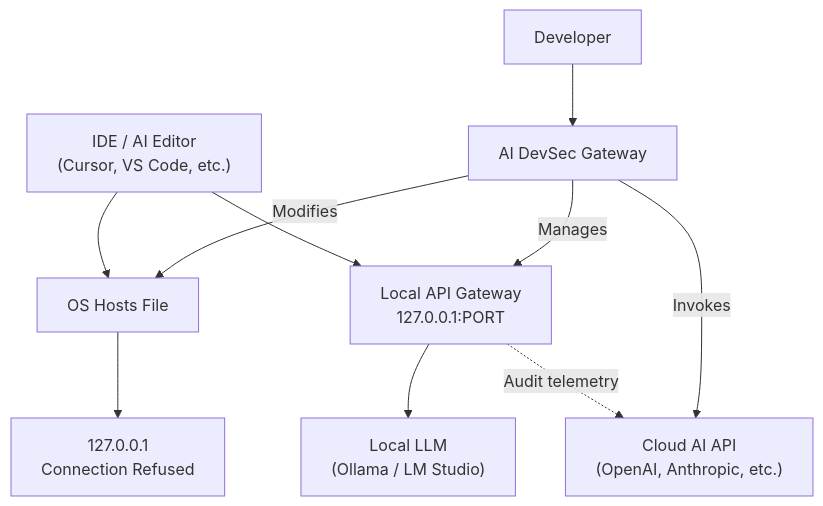
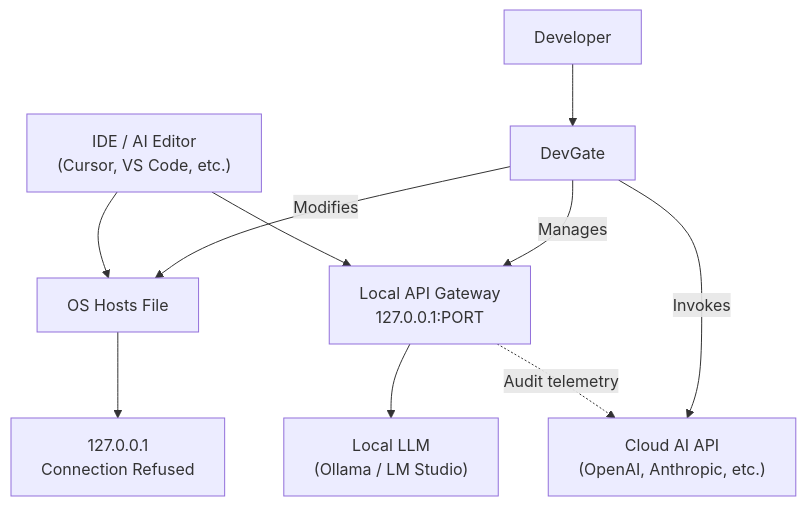
One commit to Akunimal/AI-Router-Blocker-AiO changed the first of 3 diagrams in ARCHITECTURE.md. Above: the diagram before and after it, drawn with Mermaid. The commit also changed other lines of this file and 20 other files, not shown here.

First line of the commit message:
release: rename to DevGate, bump version to 1.7.0

````diff
--- a/ARCHITECTURE.md
+++ b/ARCHITECTURE.md
@@ -32,12 +32,12 @@
 ```mermaid
 graph TD
-    Dev["Developer"] --> App["AI DevSec Gateway"]
+    Dev["Developer"] --> App["DevGate"]
     IDE["IDE / AI Editor<br>(Cursor, VS Code, etc.)"] --> Hosts["OS Hosts File"]
     Hosts --> Loopback["127.0.0.1<br>Connection Refused"]
     IDE --> Gateway["Local API Gateway<br>127.0.0.1:PORT"]
     Gateway --> LocalLLM["Local LLM<br>(Ollama / LM Studio)"]
     Gateway -.->|"Audit telemetry"| CloudAI["Cloud AI API<br>(OpenAI, Anthropic, etc.)"]
     App -->|"Modifies"| Hosts
     App -->|"Manages"| Gateway
     App -->|"Invokes"| CloudAI
 ```
````
